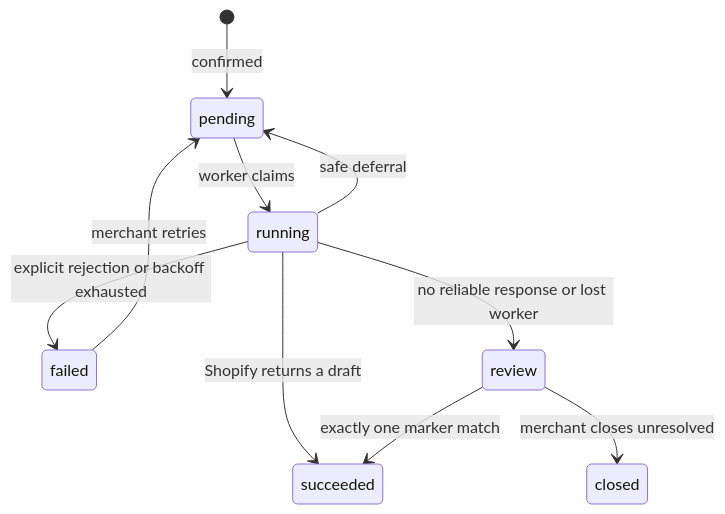
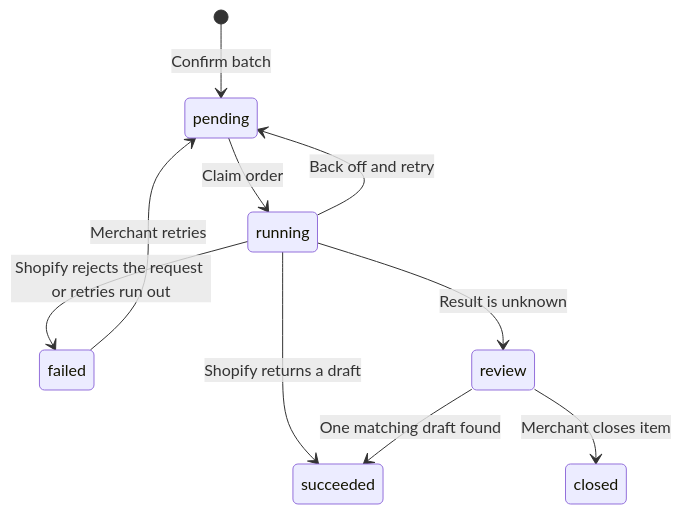
The second of 2 diagrams in README.md (Samecho/BatchCart), drawn with Mermaid before and after one commit. The commit also changed other lines of this file and 4 other files, not shown here.

````diff
--- a/README.md
+++ b/README.md
@@ -45,12 +48,12 @@
 ```mermaid
 stateDiagram-v2
-    [*] --> pending: confirmed
-    pending --> running: worker claims
+    [*] --> pending: Confirm batch
+    pending --> running: Claim order
     running --> succeeded: Shopify returns a draft
-    running --> pending: safe deferral
-    running --> failed: explicit rejection or backoff exhausted
-    running --> review: no reliable response or lost worker
-    failed --> pending: merchant retries
-    review --> succeeded: exactly one marker match
-    review --> closed: merchant closes unresolved
+    running --> pending: Back off and retry
+    running --> failed: Shopify rejects the request or retries run out
+    running --> review: Result is unknown
+    failed --> pending: Merchant retries
+    review --> succeeded: One matching draft found
+    review --> closed: Merchant closes item
 ```
````
